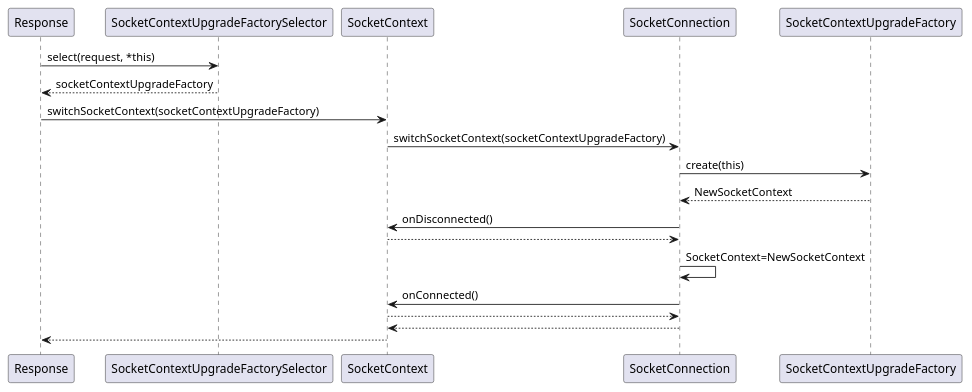
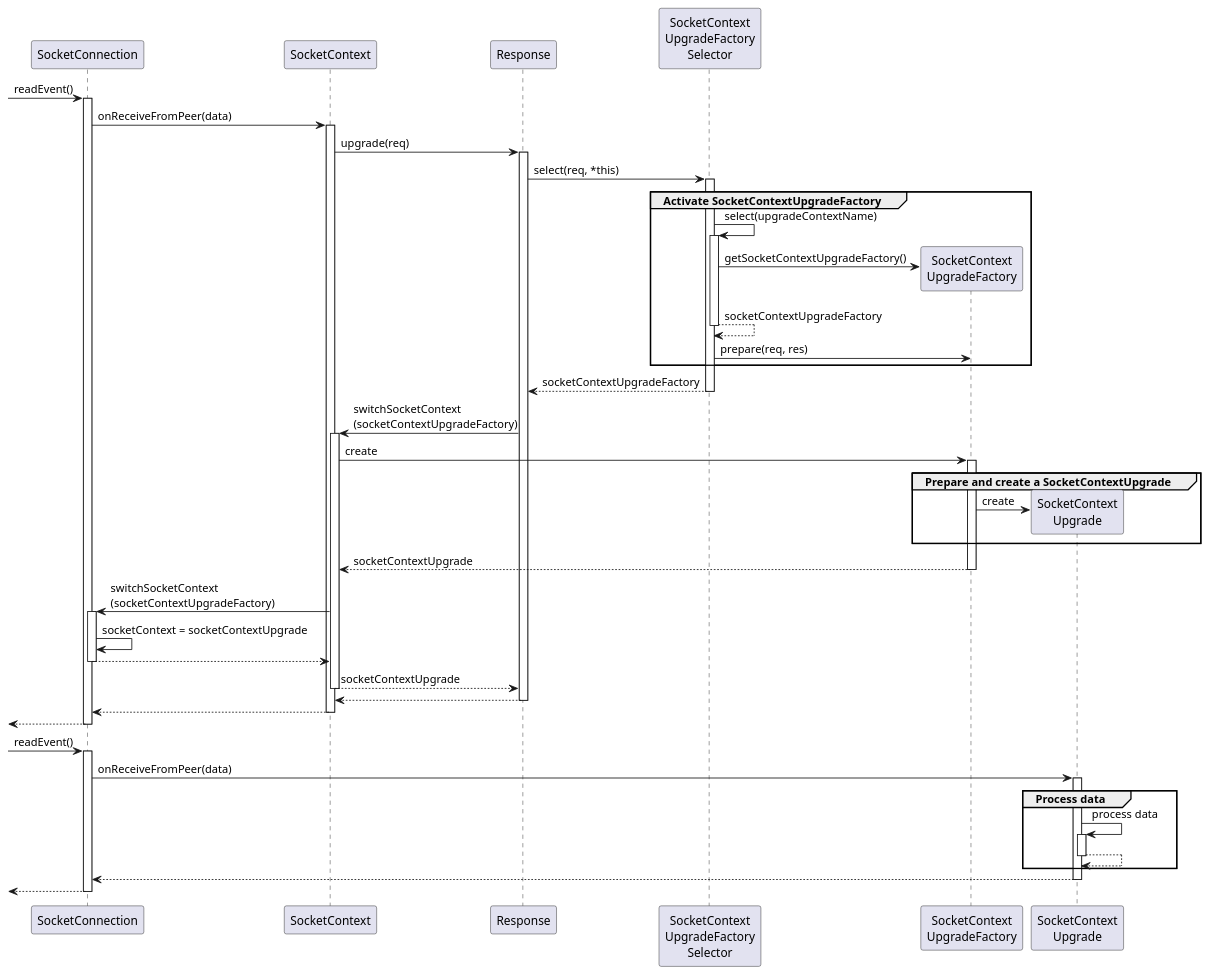
Before and after one commit to SNodeC/snode.c: the diagram in docs/inline_umlgraph_cache_all.pu, drawn with PlantUML. The commit also changed 1 other file, not shown here.

```diff
--- a/docs/inline_umlgraph_cache_all.pu
+++ b/docs/inline_umlgraph_cache_all.pu
@@ -1,15 +1,41 @@
 @startuml inline_umlgraph_1.svg
-  Response->SocketContextUpgradeFactorySelector  : select(request, *this)
-  Response<--SocketContextUpgradeFactorySelector : socketContextUpgradeFactory
-  Response->SocketContext : switchSocketContext(socketContextUpgradeFactory)
-  SocketContext->SocketConnection : switchSocketContext(socketContextUpgradeFactory)
-  SocketConnection->SocketContextUpgradeFactory : create(this)
-  SocketConnection<--SocketContextUpgradeFactory : NewSocketContext
-  SocketConnection->SocketContext : onDisconnected()
-  SocketConnection<--SocketContext
-  SocketConnection->SocketConnection : SocketContext=NewSocketContext
-  SocketConnection->SocketContext : onConnected()
-  SocketConnection<--SocketContext
-  SocketContext<--SocketConnection
-  Response<--SocketContext
+skinparam handwritten false
+participant "SocketConnection" as scn
+participant "SocketContext" as sc
+participant "Response" as res
+participant "SocketContext\nUpgradeFactory\nSelector" as scufs
+
+-> scn ++ : readEvent()
+  scn -> sc ++ : onReceiveFromPeer(data)
+    sc -> res ++ : upgrade(req)
+
+      res -> scufs ++ : select(req, *this)
+        group Activate SocketContextUpgradeFactory
+          scufs -> scufs ++ : select(upgradeContextName)
+            scufs -> "SocketContext\nUpgradeFactory" as scuf ** : getSocketContextUpgradeFactory()
+          return socketContextUpgradeFactory
+          scufs -> scuf : prepare(req, res)
+        end
+      return socketContextUpgradeFactory
+      res -> sc ++ : switchSocketContext\n(socketContextUpgradeFactory)
+        sc -> scuf ++ : create
+          group Prepare and create a SocketContextUpgrade
+            scuf -> "SocketContext\nUpgrade" as scu ** : create
+          end
+        return socketContextUpgrade
+        sc -> scn ++ : switchSocketContext\n(socketContextUpgradeFactory)
+          scn -> scn : socketContext = socketContextUpgrade
+        return
+      return socketContextUpgrade
+    return
+  return
+return
+-> scn ++ : readEvent()
+  scn -> scu ++ : onReceiveFromPeer(data)
+    group Process data
+      scu -> scu ++ : process data
+      return
+    end
+  return
+return
 @enduml
```
